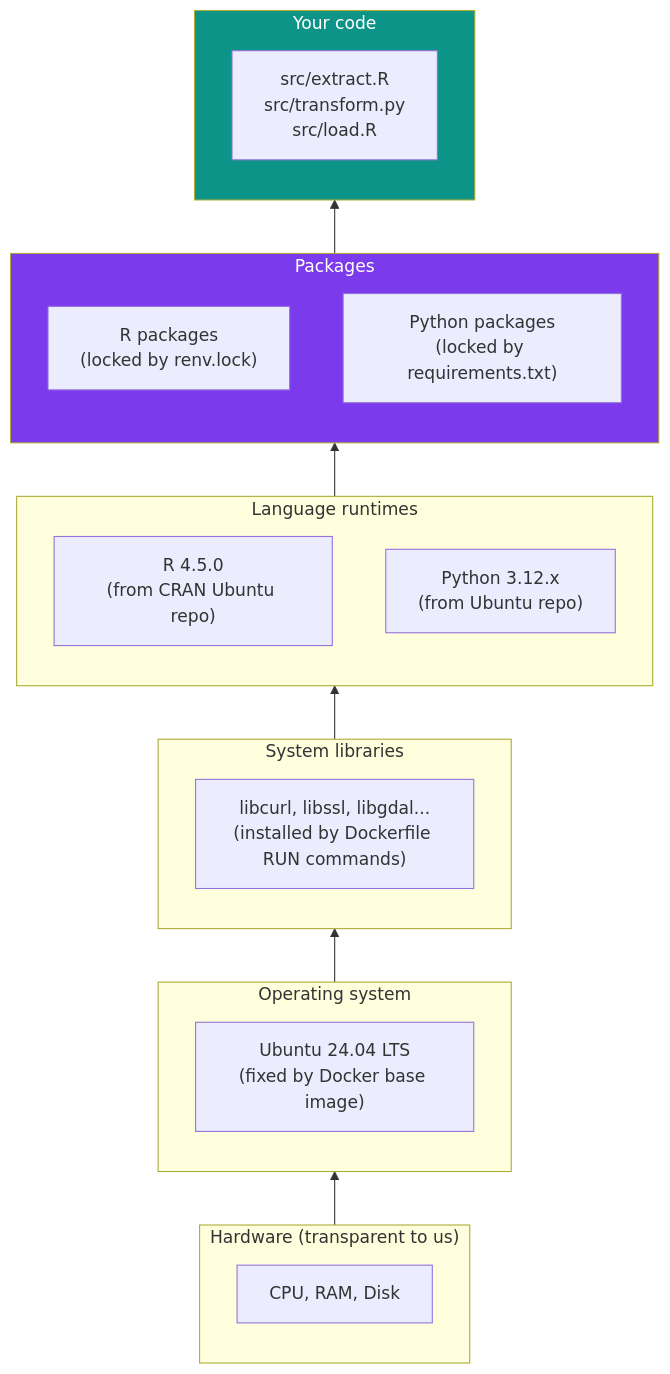
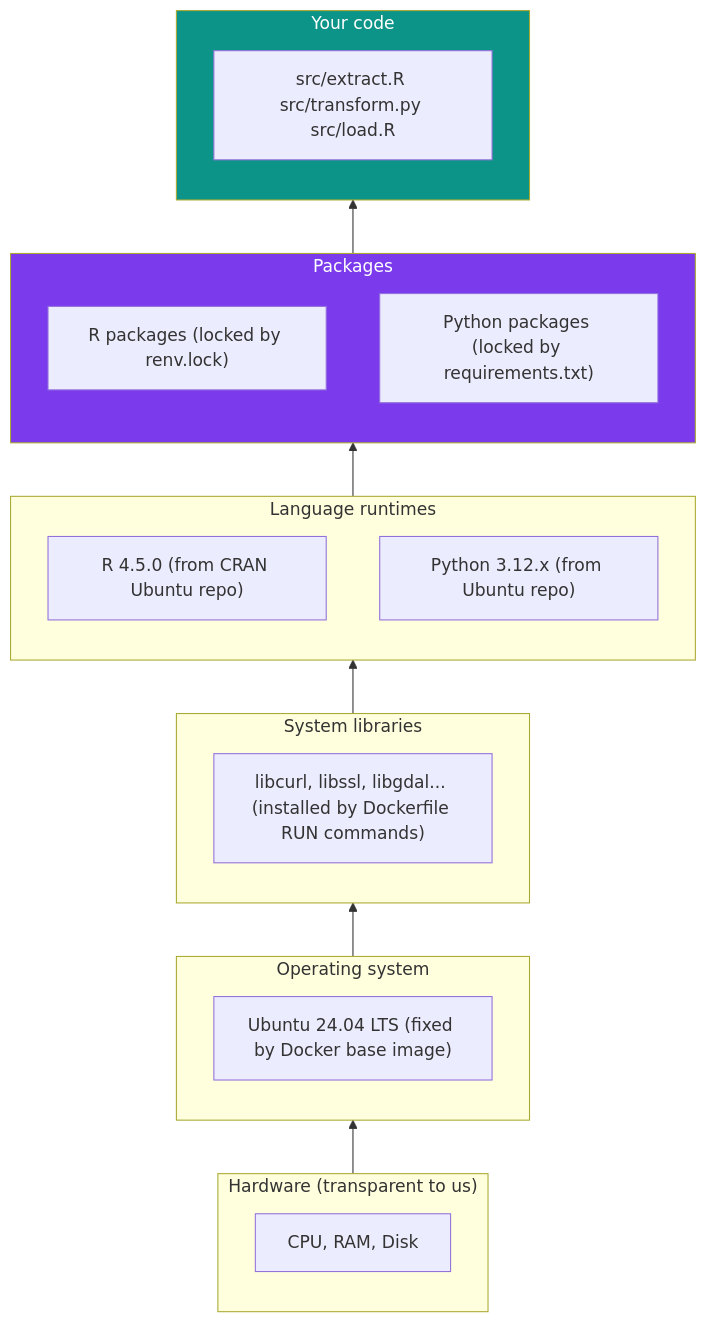
Before and after one commit to Ch3w3y/docker_gcp: the second of 2 diagrams in docs/version-management.md, drawn with Mermaid. The commit also changed other lines of this file and 10 other files, not shown here.

First line of the commit message:
Fix mermaid diagram rendering: replace literal \n with spaces

````diff
--- a/docs/version-management.md
+++ b/docs/version-management.md
@@ -244,33 +244,33 @@
 ```mermaid
 flowchart BT
     subgraph Layer1["Hardware (transparent to us)"]
         CPU["CPU, RAM, Disk"]
     end
 
     subgraph Layer2["Operating system"]
-        OS["Ubuntu 24.04 LTS\n(fixed by Docker base image)"]
+        OS["Ubuntu 24.04 LTS (fixed by Docker base image)"]
     end
 
     subgraph Layer3["System libraries"]
-        SL["libcurl, libssl, libgdal...\n(installed by Dockerfile RUN commands)"]
+        SL["libcurl, libssl, libgdal... (installed by Dockerfile RUN commands)"]
     end
 
     subgraph Layer4["Language runtimes"]
-        R["R 4.5.0\n(from CRAN Ubuntu repo)"]
-        PY["Python 3.12.x\n(from Ubuntu repo)"]
+        R["R 4.5.0 (from CRAN Ubuntu repo)"]
+        PY["Python 3.12.x (from Ubuntu repo)"]
     end
 
     subgraph Layer5["Packages"]
-        RP["R packages\n(locked by renv.lock)"]
-        PP["Python packages\n(locked by requirements.txt)"]
+        RP["R packages (locked by renv.lock)"]
+        PP["Python packages (locked by requirements.txt)"]
     end
 
     subgraph Layer6["Your code"]
-        CODE["src/extract.R\nsrc/transform.py\nsrc/load.R"]
+        CODE["src/extract.R src/transform.py src/load.R"]
     end
 
     Layer1 --> Layer2 --> Layer3 --> Layer4 --> Layer5 --> Layer6
 
     style Layer5 fill:#7c3aed,color:#fff
     style Layer6 fill:#0d9488,color:#fff
 ```
````
